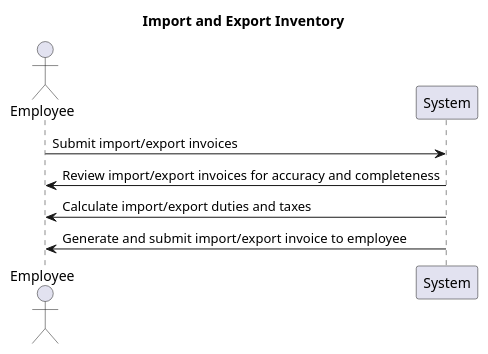
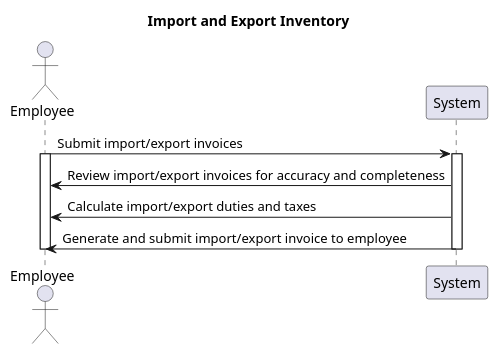
Before and after one commit to baonehe/SE357-Pratice-class: the diagram in Lab1.2/Sequence diagram/Code/ImportAndExportInventory_seq.wsd, drawn with PlantUML. The commit also changed 99 other files, not shown here.

Commit message:
Update sequence diagram

```diff
--- a/Lab1.2/Sequence diagram/Code/ImportAndExportInventory_seq.wsd
+++ b/Lab1.2/Sequence diagram/Code/ImportAndExportInventory_seq.wsd
@@ -1,11 +1,16 @@
 @startuml
 Title Import and Export Inventory
 Actor Employee
 participant System
 
 Employee->System: Submit import/export invoices
+activate Employee
+activate System
+
 System->Employee: Review import/export invoices for accuracy and completeness
 System->Employee: Calculate import/export duties and taxes
 System->Employee: Generate and submit import/export invoice to employee
 
+deactivate System
+deactivate Employee
 @enduml
```
